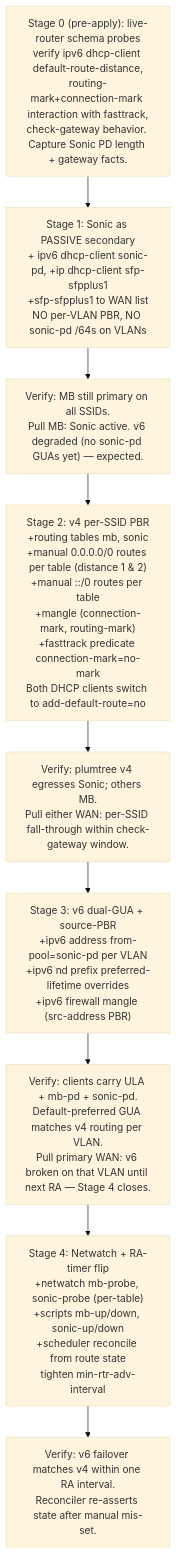
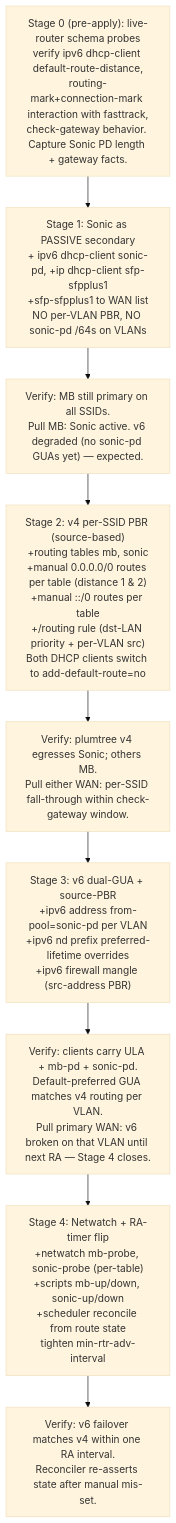
The diagram in mikrotik-router/SONIC-PLAN.md (gkanapathy/network-management), drawn with Mermaid (base theme) before and after one commit. The commit also changed other lines of this file and 3 other files, not shown here.

First line of the commit message:
router: apply Stage 2 v5 — source-based PBR via /routing rule

````diff
--- a/mikrotik-router/SONIC-PLAN.md
+++ b/mikrotik-router/SONIC-PLAN.md
@@ -20,13 +20,13 @@
 ```mermaid
 flowchart TD
     S0["Stage 0 (pre-apply): live-router schema probes<br/>verify ipv6 dhcp-client default-route-distance,<br/>routing-mark+connection-mark interaction with fasttrack,<br/>check-gateway behavior. Capture Sonic PD length + gateway facts."]
     S1["Stage 1: Sonic as PASSIVE secondary<br/>+ ipv6 dhcp-client sonic-pd, +ip dhcp-client sfp-sfpplus1<br/>+sfp-sfpplus1 to WAN list<br/>NO per-VLAN PBR, NO sonic-pd /64s on VLANs"]
-    S2["Stage 2: v4 per-SSID PBR<br/>+routing tables mb, sonic<br/>+manual 0.0.0.0/0 routes per table (distance 1 & 2)<br/>+manual ::/0 routes per table<br/>+mangle (connection-mark, routing-mark)<br/>+fasttrack predicate connection-mark=no-mark<br/>Both DHCP clients switch to add-default-route=no"]
+    S2["Stage 2: v4 per-SSID PBR (source-based)<br/>+routing tables mb, sonic<br/>+manual 0.0.0.0/0 routes per table (distance 1 & 2)<br/>+manual ::/0 routes per table<br/>+/routing rule (dst-LAN priority + per-VLAN src)<br/>Both DHCP clients switch to add-default-route=no"]
     S3["Stage 3: v6 dual-GUA + source-PBR<br/>+ipv6 address from-pool=sonic-pd per VLAN<br/>+ipv6 nd prefix preferred-lifetime overrides<br/>+ipv6 firewall mangle (src-address PBR)"]
     S4["Stage 4: Netwatch + RA-timer flip<br/>+netwatch mb-probe, sonic-probe (per-table)<br/>+scripts mb-up/down, sonic-up/down<br/>+scheduler reconcile from route state<br/>tighten min-rtr-adv-interval"]
     Verify1["Verify: MB still primary on all SSIDs.<br/>Pull MB: Sonic active. v6 degraded (no sonic-pd GUAs yet) — expected."]
     Verify2["Verify: plumtree v4 egresses Sonic; others MB.<br/>Pull either WAN: per-SSID fall-through within check-gateway window."]
     Verify3["Verify: clients carry ULA + mb-pd + sonic-pd.<br/>Default-preferred GUA matches v4 routing per VLAN.<br/>Pull primary WAN: v6 broken on that VLAN until next RA — Stage 4 closes."]
     Verify4["Verify: v6 failover matches v4 within one RA interval.<br/>Reconciler re-asserts state after manual mis-set."]
     S0 --> S1 --> Verify1 --> S2 --> Verify2 --> S3 --> Verify3 --> S4 --> Verify4
 ```
````
